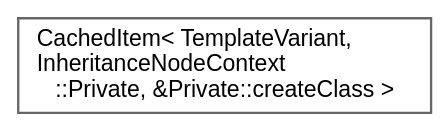
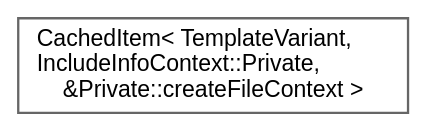
Before and after one commit to zipa/doxygen: the diagram in inherit_graph_156.dot, drawn with Graphviz. The commit also changed 8642 other files, not shown here.

```diff
--- a/inherit_graph_156.dot
+++ b/inherit_graph_156.dot
@@ -1,10 +1,10 @@
 digraph "Graphical Class Hierarchy"
 {
  // INTERACTIVE_SVG=YES
  // LATEX_PDF_SIZE
   bgcolor="transparent";
   edge [fontname=Helvetica,fontsize=10,labelfontname=Helvetica,labelfontsize=10];
   node [fontname=Helvetica,fontsize=10,shape=box,height=0.2,width=0.4];
   rankdir="LR";
-  Node0 [label="CachedItem\< TemplateVariant,\l InheritanceNodeContext\l::Private, &Private::createClass \>",height=0.2,width=0.4,color="grey40", fillcolor="white", style="filled",URL="$d7/dc1/class_cached_item.html",tooltip=" "];
+  Node0 [label="CachedItem\< TemplateVariant,\l IncludeInfoContext::Private,\l &Private::createFileContext \>",height=0.2,width=0.4,color="grey40", fillcolor="white", style="filled",URL="$d7/dc1/class_cached_item.html",tooltip=" "];
 }
```
